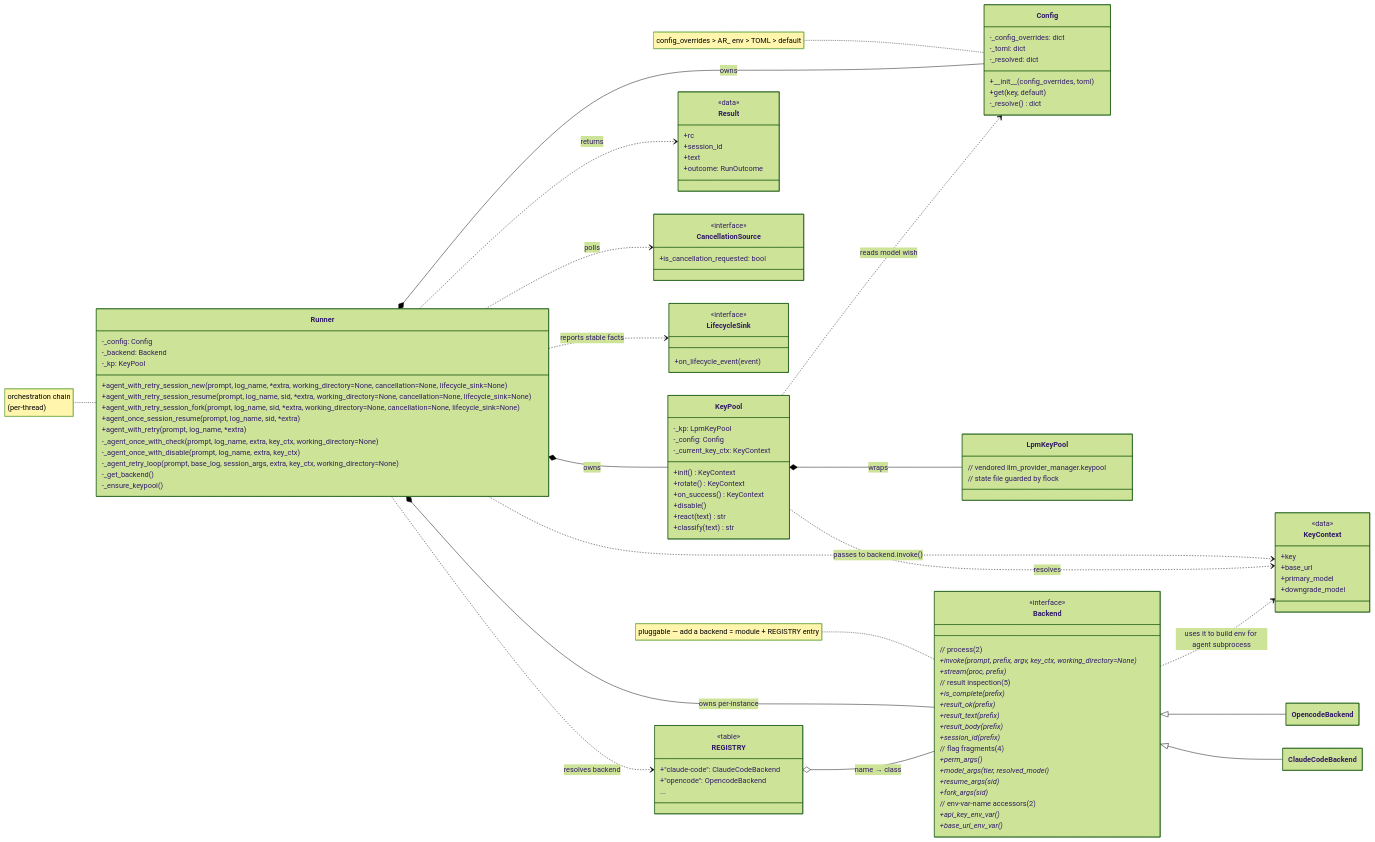
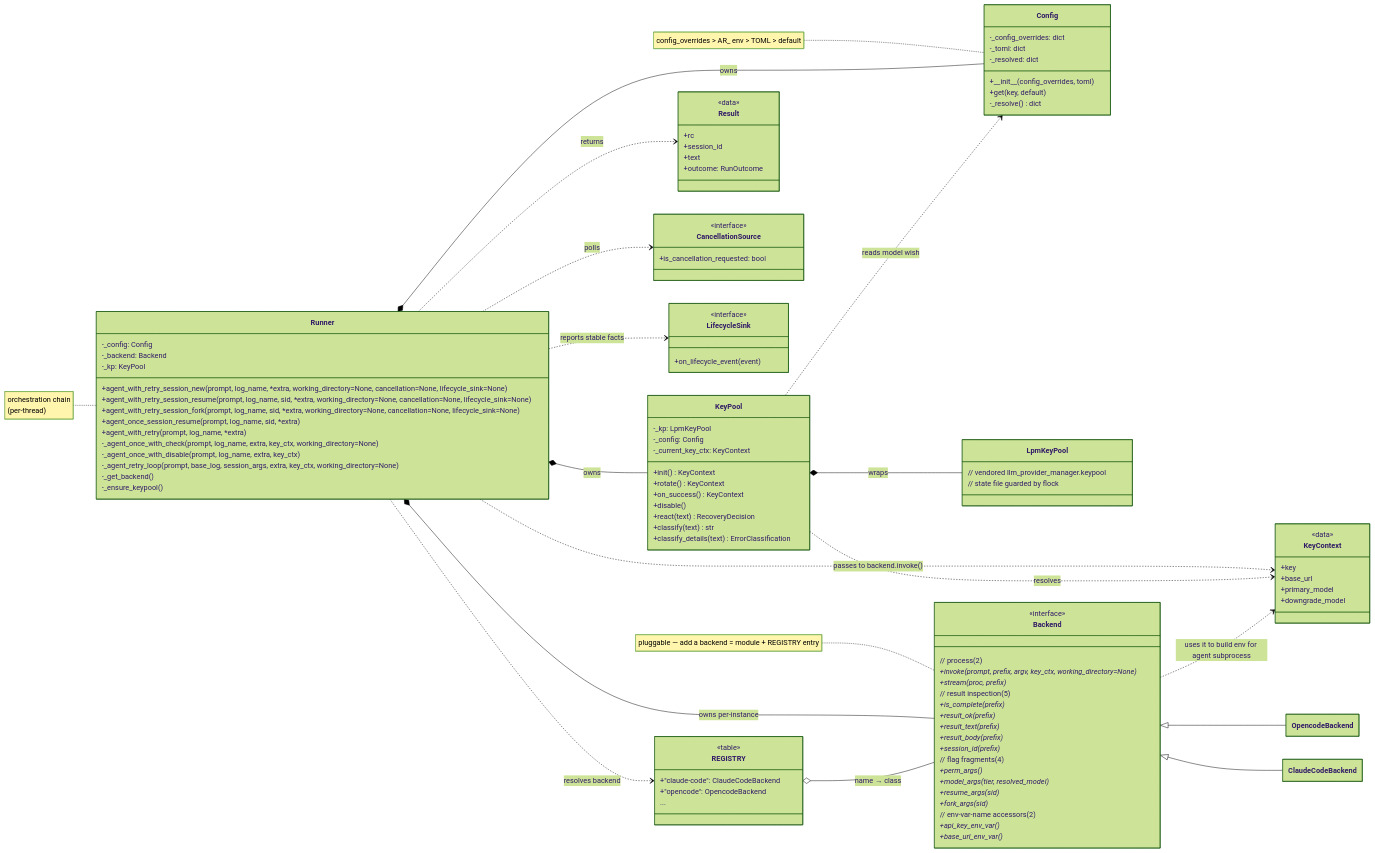
Before and after one commit to AI4SecResearch/agent-runner: the diagram in ARCHITECTURE.md, drawn with Mermaid (forest theme). The commit also changed other lines of this file and 18 other files, not shown here.

```diff
--- a/ARCHITECTURE.md
+++ b/ARCHITECTURE.md
@@ -51,8 +51,9 @@
         +rotate() KeyContext
         +on_success() KeyContext
         +disable()
-        +react(text) str
+        +react(text) RecoveryDecision
         +classify(text) str
+        +classify_details(text) ErrorClassification
     }
 
     class LpmKeyPool {
```
